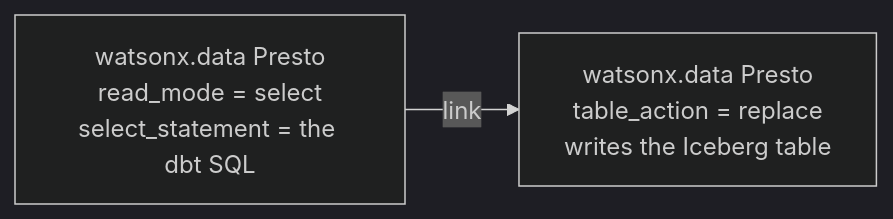
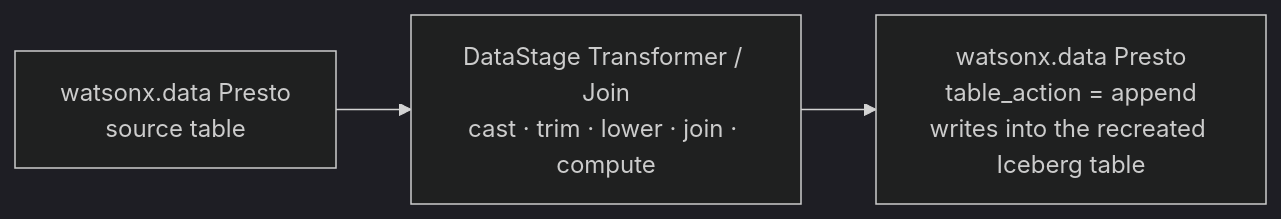
Before and after one commit to aseelert/ibmas-watsonxdata-dbt: the second of 2 diagrams in docs/datastage-medallion.md, drawn with Mermaid (dark theme). The commit also changed other lines of this file and 6 other files, not shown here.

Commit message:
Add transformer-based DataStage medallion v2 flows

````diff
--- a/docs/datastage-medallion.md
+++ b/docs/datastage-medallion.md
@@ -32,6 +34,7 @@
 ```mermaid
 flowchart LR
-    SRC["watsonx.data Presto\nread_mode = select\nselect_statement = the dbt SQL"]
-    TGT["watsonx.data Presto\ntable_action = replace\nwrites the Iceberg table"]
-    SRC -->|link| TGT
+    SRC["watsonx.data Presto\nsource table"]
+    XFM["DataStage Transformer / Join\ncast · trim · lower · join · compute"]
+    TGT["watsonx.data Presto\ntable_action = append\nwrites into the recreated Iceberg table"]
+    SRC --> XFM --> TGT
 ```
````
